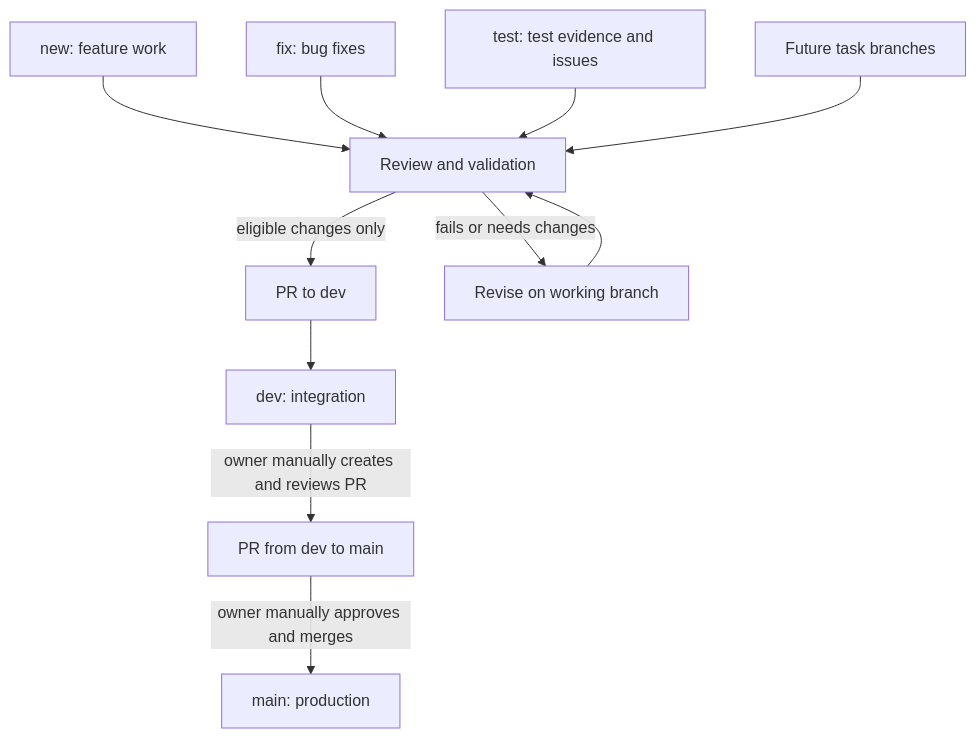
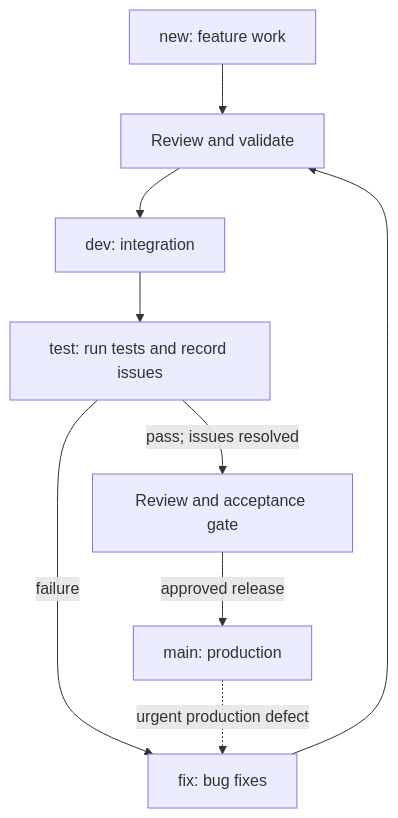
One commit to ASAA1229/JARVIS changed the tenth of 10 diagrams in README.md. Above: the diagram before and after it, drawn with Mermaid. The commit also changed other lines of this file, not shown here.

````diff
--- a/README.md
+++ b/README.md
@@ -486,13 +486,11 @@
 ```mermaid
 flowchart TD
-    NEW[new: feature work] --> CHECK[Review and validation]
-    FIX[fix: bug fixes] --> CHECK
-    TEST[test: test evidence and issues] --> CHECK
-    EXTRA[Future task branches] --> CHECK
-    CHECK -->|eligible changes only| PRDEV[PR to dev]
-    PRDEV --> DEV[dev: integration]
-    DEV -->|owner manually creates and reviews PR| PRMAIN[PR from dev to main]
-    PRMAIN -->|owner manually approves and merges| MAIN[main: production]
-    CHECK -->|fails or needs changes| WORK[Revise on working branch]
-    WORK --> CHECK
+    NEW[new: feature work] --> REVIEW[Review and validate]
+    FIX[fix: bug fixes] --> REVIEW
+    REVIEW --> DEV[dev: integration]
+    DEV --> TEST[test: run tests and record issues]
+    TEST -->|pass; issues resolved| RELEASE[Review and acceptance gate]
+    TEST -->|failure| FIX
+    RELEASE -->|approved release| MAIN[main: production]
+    MAIN -.->|urgent production defect| FIX
 ```
````
